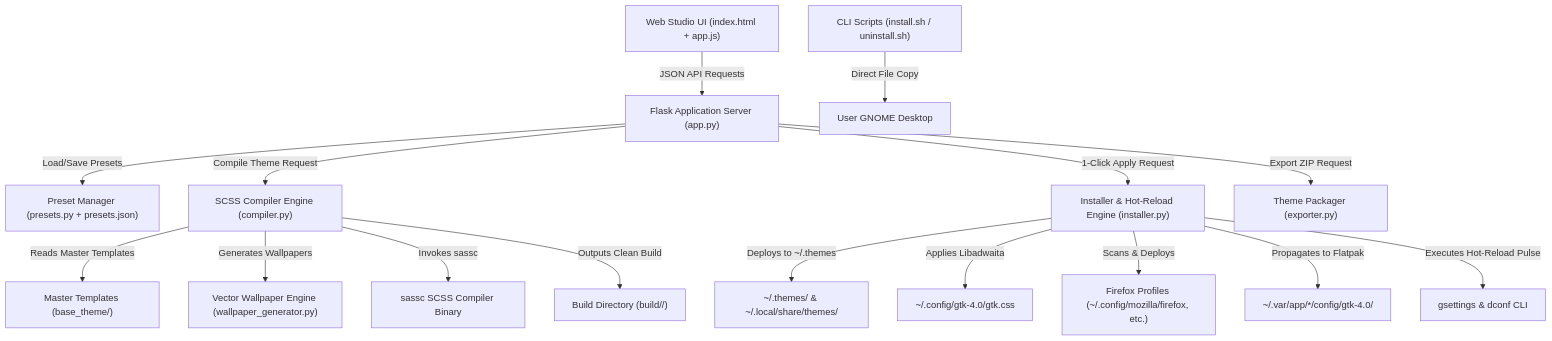
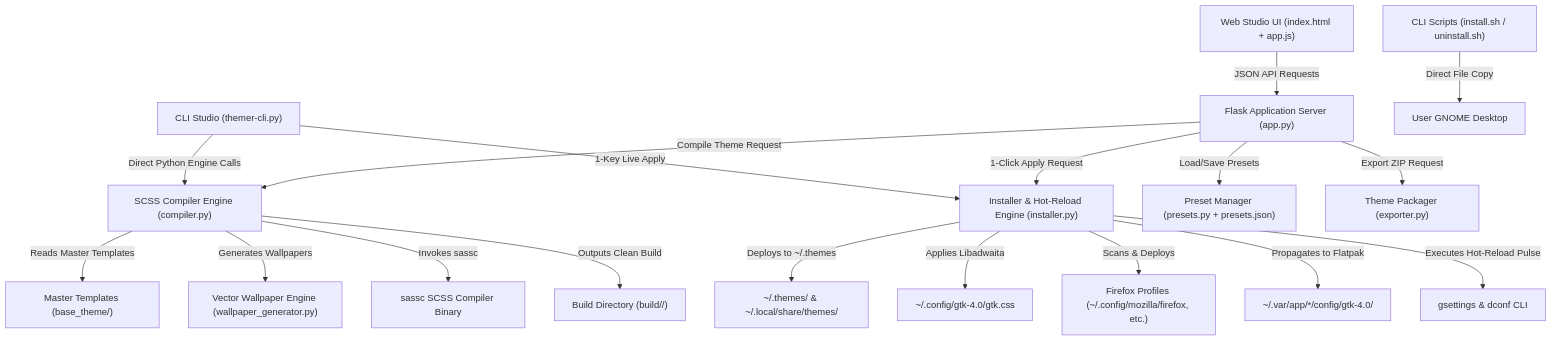
The diagram in AGENTS.md (angelaguayo/gnome-theme-studio), drawn with Mermaid before and after one commit. The commit also changed other lines of this file and 5 other files, not shown here.

Commit message:
feat: add interactive single-screen dual-panel CLI studio and screenshots

````diff
--- a/AGENTS.md
+++ b/AGENTS.md
@@ -27,21 +28,23 @@
 ```mermaid
 flowchart TD
     UI["Web Studio UI (index.html + app.js)"] -->|JSON API Requests| APP["Flask Application Server (app.py)"]
+    TUI["CLI Studio (themer-cli.py)"] -->|Direct Python Engine Calls| COMPILER["SCSS Compiler Engine (compiler.py)"]
+    TUI -->|1-Key Live Apply| INSTALLER["Installer & Hot-Reload Engine (installer.py)"]
     CLI["CLI Scripts (install.sh / uninstall.sh)"] -->|Direct File Copy| SYSTEM["User GNOME Desktop"]
     
     APP -->|Load/Save Presets| PRESETS["Preset Manager (presets.py + presets.json)"]
-    APP -->|Compile Theme Request| COMPILER["SCSS Compiler Engine (compiler.py)"]
-    APP -->|1-Click Apply Request| INSTALLER["Installer & Hot-Reload Engine (installer.py)"]
+    APP -->|Compile Theme Request| COMPILER
+    APP -->|1-Click Apply Request| INSTALLER
     APP -->|Export ZIP Request| EXPORTER["Theme Packager (exporter.py)"]
     
     COMPILER -->|Reads Master Templates| BASE["Master Templates (base_theme/)"]
     COMPILER -->|Generates Wallpapers| WP["Vector Wallpaper Engine (wallpaper_generator.py)"]
     COMPILER -->|Invokes sassc| SASSC["sassc SCSS Compiler Binary"]
     COMPILER -->|Outputs Clean Build| BUILD["Build Directory (build/<Theme-Name>/)"]
     
     INSTALLER -->|Deploys to ~/.themes| THEMES_DIR["~/.themes/ & ~/.local/share/themes/"]
     INSTALLER -->|Applies Libadwaita| GTK4_DIR["~/.config/gtk-4.0/gtk.css"]
     INSTALLER -->|Scans & Deploys| FIREFOX["Firefox Profiles (~/.config/mozilla/firefox, etc.)"]
     INSTALLER -->|Propagates to Flatpak| FLATPAK["~/.var/app/*/config/gtk-4.0/"]
     INSTALLER -->|Executes Hot-Reload Pulse| GSETTINGS["gsettings & dconf CLI"]
 ```
````
